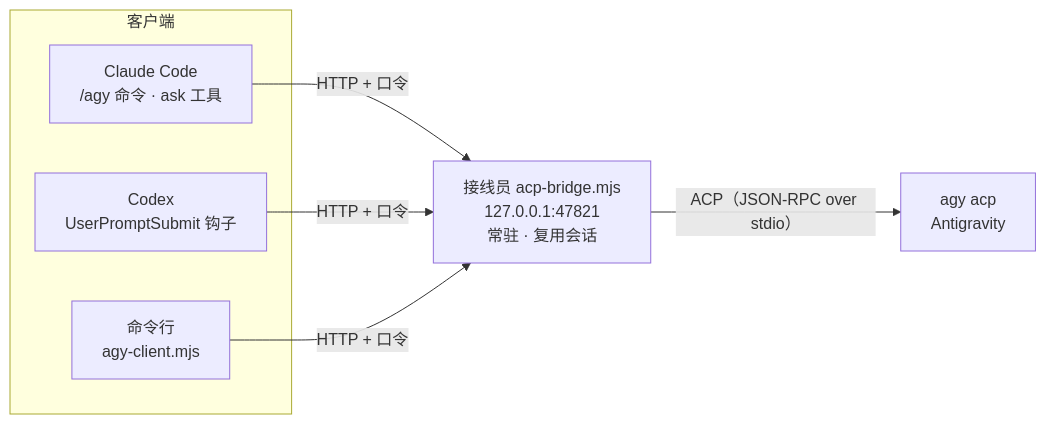
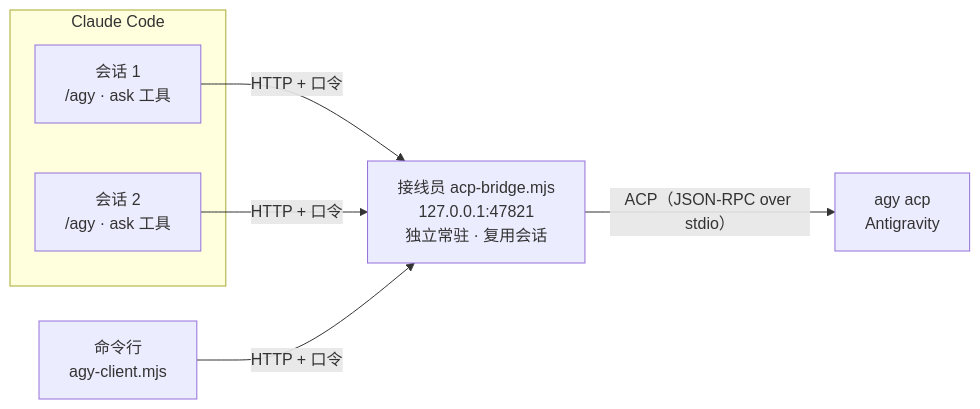
One commit to lvdoushacc/antigravity-acp changed the first of 2 diagrams in README.md. Above: the diagram before and after it, drawn with Mermaid. The commit also changed other lines of this file and 16 other files, not shown here.

First line of the commit message:
Drop Codex; add model switching and a shared bridge

````diff
--- a/README.md
+++ b/README.md
@@ -20,13 +13,13 @@
 ```mermaid
 flowchart LR
-    subgraph 客户端
-        A["Claude Code<br/>/agy 命令 · ask 工具"]
-        B["Codex<br/>UserPromptSubmit 钩子"]
-        C["命令行<br/>agy-client.mjs"]
+    subgraph Claude Code
+        A1["会话 1<br/>/agy · ask 工具"]
+        A2["会话 2<br/>/agy · ask 工具"]
     end
-    A -- "HTTP + 口令" --> D
-    B -- "HTTP + 口令" --> D
+    C["命令行<br/>agy-client.mjs"]
+    A1 -- "HTTP + 口令" --> D
+    A2 -- "HTTP + 口令" --> D
     C -- "HTTP + 口令" --> D
-    D["接线员 acp-bridge.mjs<br/>127.0.0.1:47821<br/>常驻 · 复用会话"]
+    D["接线员 acp-bridge.mjs<br/>127.0.0.1:47821<br/>独立常驻 · 复用会话"]
     D -- "ACP（JSON-RPC over stdio）" --> E["agy acp<br/>Antigravity"]
 ```
````
